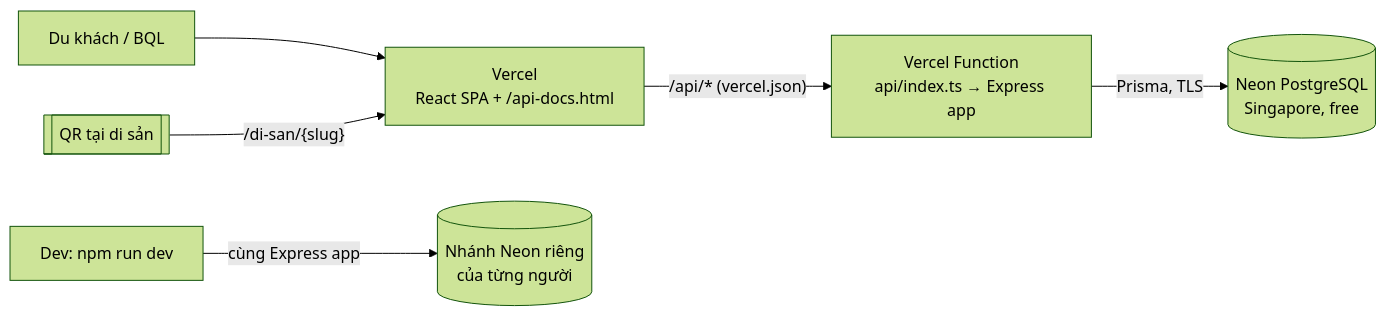
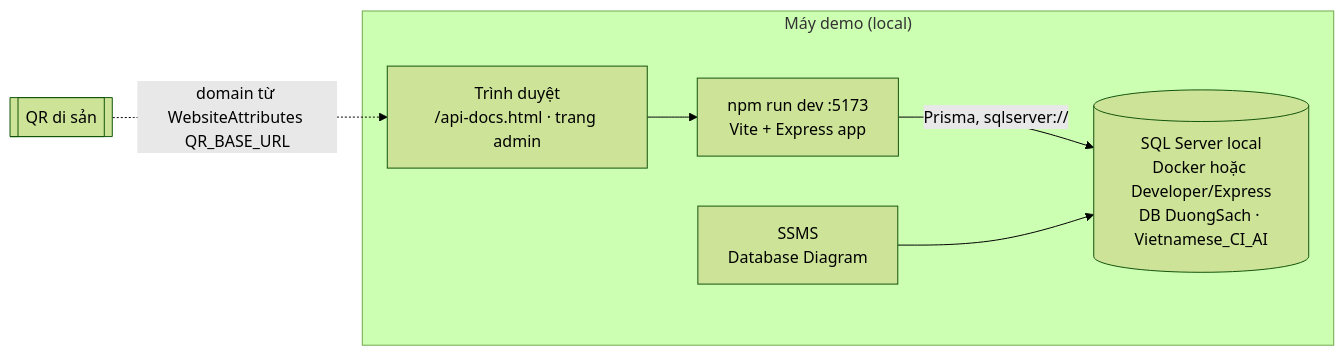
One commit to arisdo-29/duong-sach-project changed the first of 3 diagrams in docs/01-tong-quan-he-thong.md. Above: the diagram before and after it, drawn with Mermaid (forest theme). The commit also changed other lines of this file and 18 other files, not shown here.

Commit message:
docs: soạn lại bộ kit theo hướng đi SQL Server (#39)

````diff
--- a/docs/01-tong-quan-he-thong.md
+++ b/docs/01-tong-quan-he-thong.md
@@ -39,8 +38,9 @@
 ```mermaid
 flowchart LR
-  U[Du khách / BQL] --> VC["Vercel<br/>React SPA + /api-docs.html"]
-  VC -->|"/api/* (vercel.json)"| F["Vercel Function<br/>api/index.ts → Express app"]
-  F -->|Prisma, TLS| NE[(Neon PostgreSQL<br/>Singapore, free)]
-  QR[[QR tại di sản]] -->|"/di-san/{slug}"| VC
-  DEV["Dev: npm run dev"] -->|cùng Express app| L[(Nhánh Neon riêng<br/>của từng người)]
+  subgraph May["Máy demo (local)"]
+    B[Trình duyệt<br/>/api-docs.html · trang admin] --> V["npm run dev :5173<br/>Vite + Express app"]
+    V -->|Prisma, sqlserver://| S[(SQL Server local<br/>Docker hoặc Developer/Express<br/>DB DuongSach · Vietnamese_CI_AI)]
+    SSMS[SSMS<br/>Database Diagram] --> S
+  end
+  QR[[QR di sản]] -. "domain từ WebsiteAttributes QR_BASE_URL" .-> B
 ```
````
